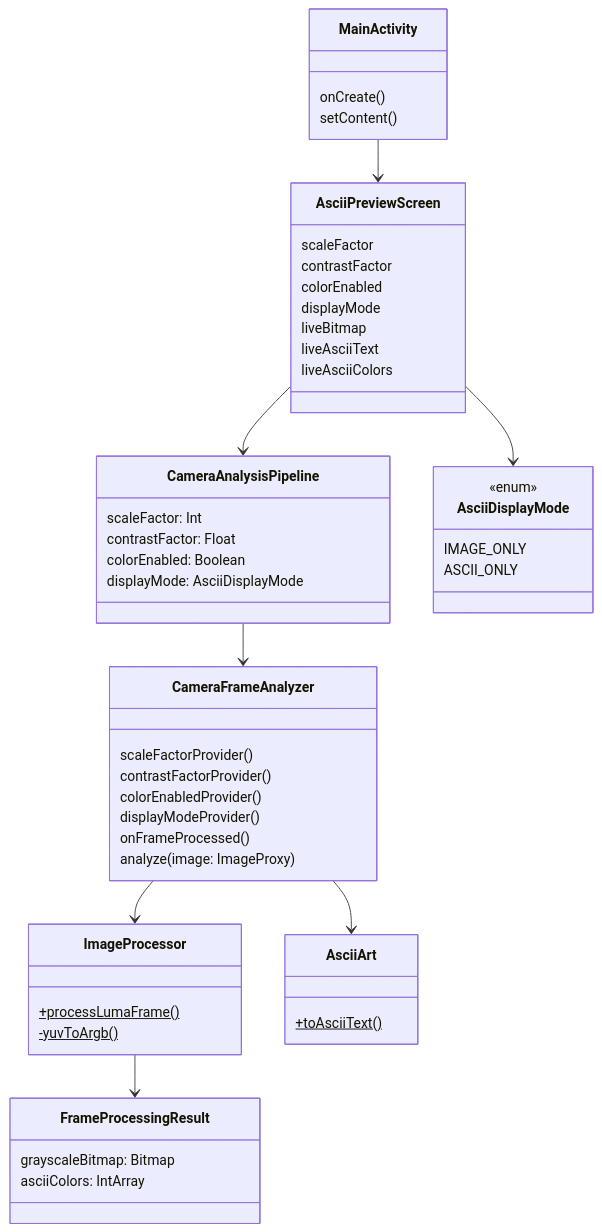
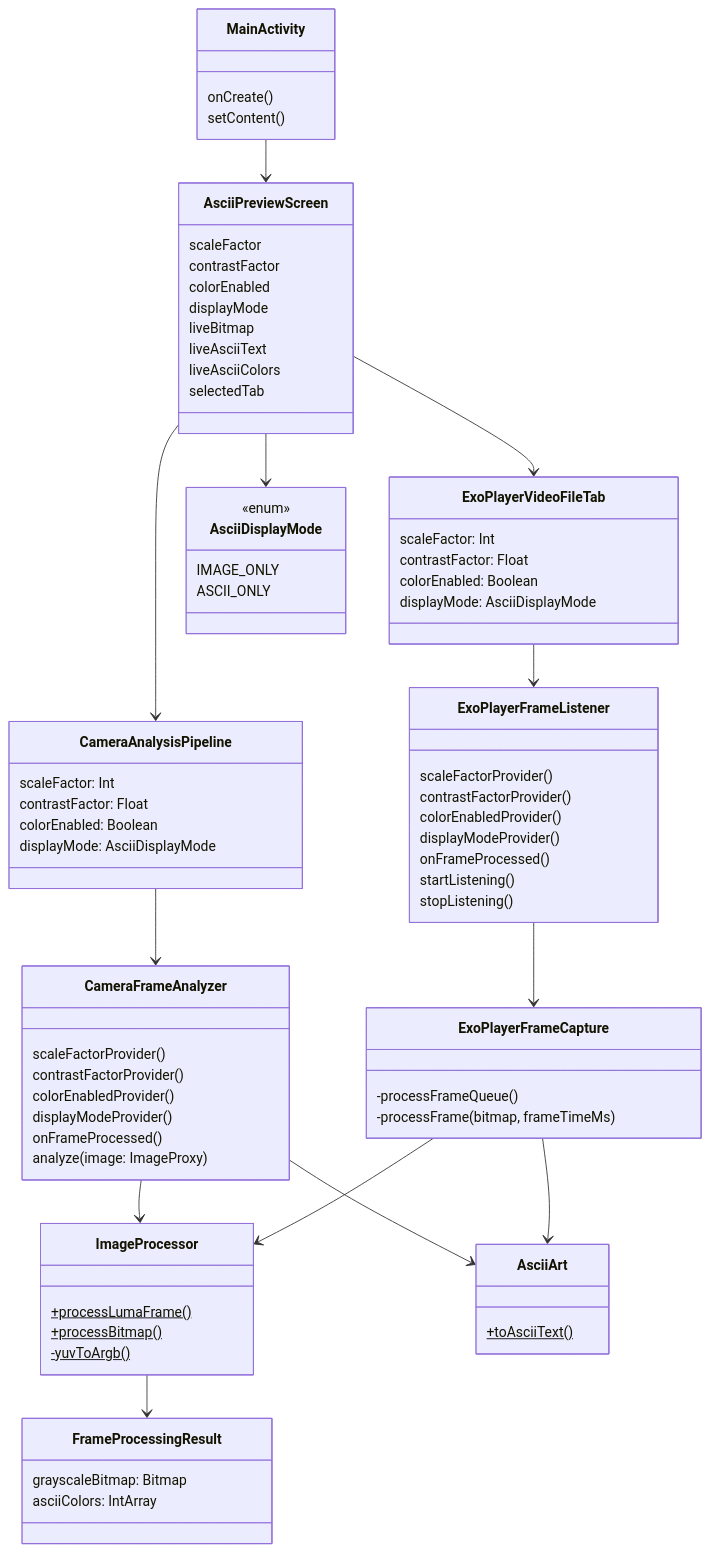
One commit to replicant1/AsciiArt changed the diagram in docs/class-diagram.mmd. Above: the diagram before and after it, drawn with Mermaid. The commit also changed 4 other files, not shown here.

First line of the commit message:
Docs: Update README and architecture diagrams for video file feature

```diff
--- a/docs/class-diagram.mmd
+++ b/docs/class-diagram.mmd
@@ -1,59 +1,88 @@
 classDiagram
     class MainActivity {
         onCreate()
         setContent()
     }
     
     class AsciiPreviewScreen {
         scaleFactor
         contrastFactor
         colorEnabled
         displayMode
         liveBitmap
         liveAsciiText
         liveAsciiColors
+        selectedTab
     }
     
     class CameraAnalysisPipeline {
         scaleFactor: Int
         contrastFactor: Float
         colorEnabled: Boolean
         displayMode: AsciiDisplayMode
     }
     
     class CameraFrameAnalyzer {
         scaleFactorProvider()
         contrastFactorProvider()
         colorEnabledProvider()
         displayModeProvider()
         onFrameProcessed()
         analyze(image: ImageProxy)
     }
     
+    class ExoPlayerVideoFileTab {
+        scaleFactor: Int
+        contrastFactor: Float
+        colorEnabled: Boolean
+        displayMode: AsciiDisplayMode
+    }
+    
+    class ExoPlayerFrameListener {
+        scaleFactorProvider()
+        contrastFactorProvider()
+        colorEnabledProvider()
+        displayModeProvider()
+        onFrameProcessed()
+        startListening()
+        stopListening()
+    }
+    
+    class ExoPlayerFrameCapture {
+        -processFrameQueue()
+        -processFrame(bitmap, frameTimeMs)
+    }
+    
     class ImageProcessor {
         +processLumaFrame()$
+        +processBitmap()$
         -yuvToArgb()$
     }
     
     class FrameProcessingResult {
         grayscaleBitmap: Bitmap
         asciiColors: IntArray
     }
     
     class AsciiArt {
         +toAsciiText()$
     }
     
     class AsciiDisplayMode {
         <<enum>>
         IMAGE_ONLY
         ASCII_ONLY
     }
     
     MainActivity --> AsciiPreviewScreen
     AsciiPreviewScreen --> CameraAnalysisPipeline
+    AsciiPreviewScreen --> ExoPlayerVideoFileTab
     CameraAnalysisPipeline --> CameraFrameAnalyzer
     CameraFrameAnalyzer --> ImageProcessor
+    ExoPlayerVideoFileTab --> ExoPlayerFrameListener
+    ExoPlayerFrameListener --> ExoPlayerFrameCapture
+    ExoPlayerFrameCapture --> ImageProcessor
     ImageProcessor --> FrameProcessingResult
     CameraFrameAnalyzer --> AsciiArt
+    ExoPlayerFrameCapture --> AsciiArt
     AsciiPreviewScreen --> AsciiDisplayMode
```
